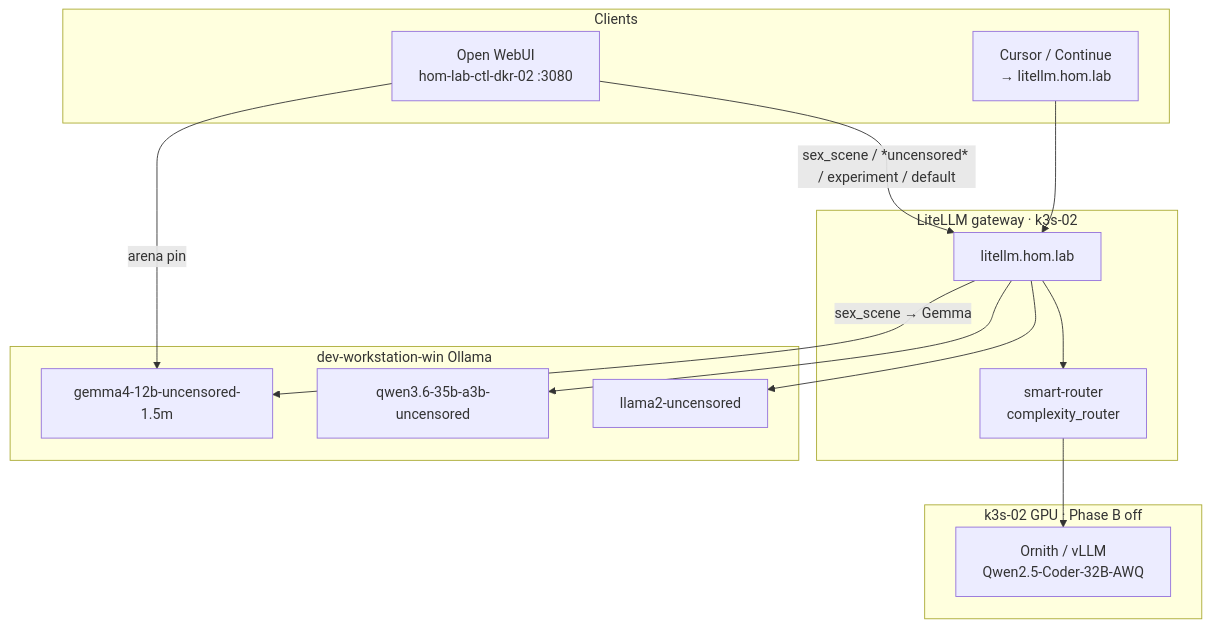
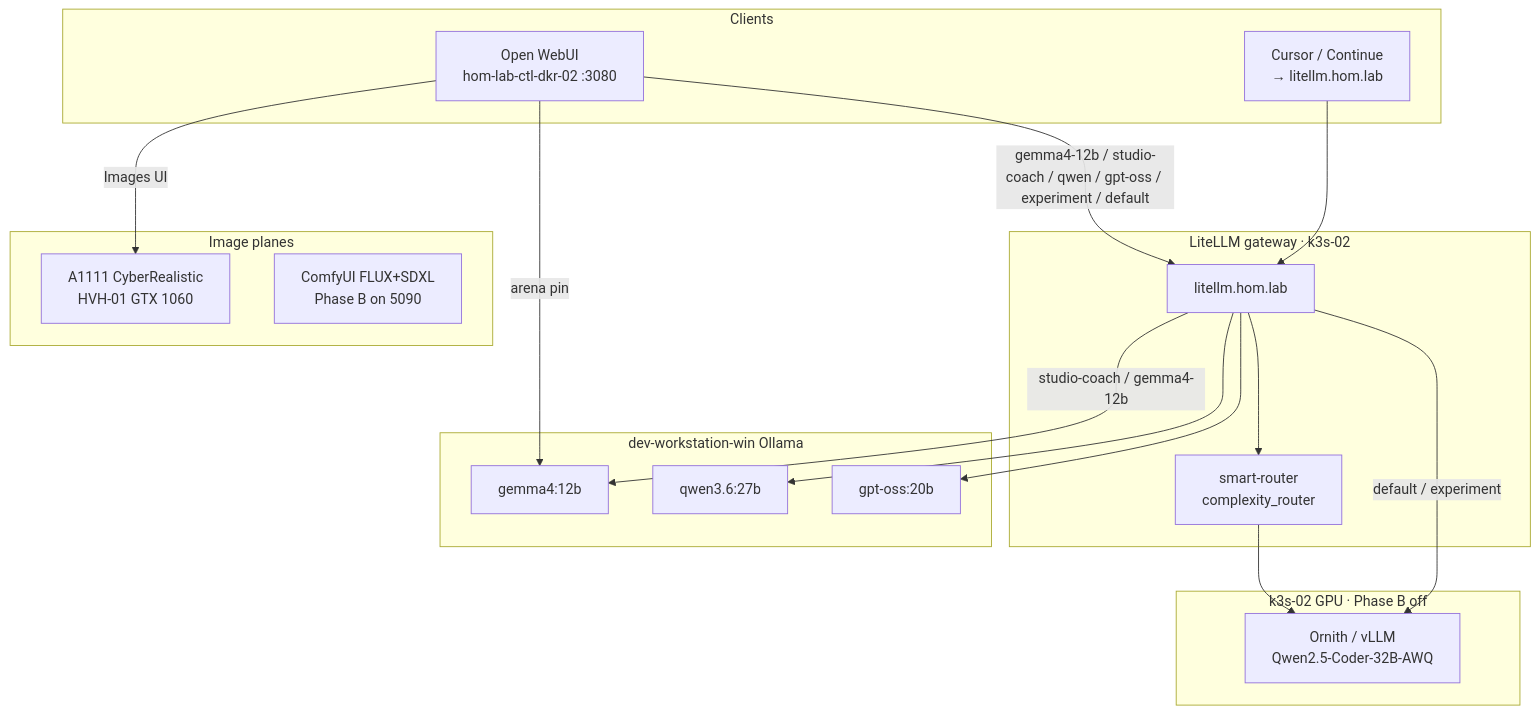
Before and after one commit to doesitscript/dotfile-vnext: the first of 3 diagrams in docs/plans/2026-08-06--open-webui-litellm-model-route-diagrams-implemented/README.md, drawn with Mermaid. The commit also changed other lines of this file and 107 other files, not shown here.

Commit message:
docs(plans): move lab diagrams into plan packets

````diff
--- a/docs/plans/2026-08-06--open-webui-litellm-model-route-diagrams-implemented/README.md
+++ b/docs/plans/2026-08-06--open-webui-litellm-model-route-diagrams-implemented/README.md
@@ -137,31 +171,38 @@
 ```mermaid
 flowchart TB
   subgraph clients["Clients"]
     owui["Open WebUI\nhom-lab-ctl-dkr-02 :3080"]
     cursor["Cursor / Continue\n→ litellm.hom.lab"]
   end
 
   subgraph gw["LiteLLM gateway · k3s-02"]
     litellm["litellm.hom.lab"]
     sr["smart-router\ncomplexity_router"]
   end
 
   subgraph desktop["dev-workstation-win Ollama"]
-    gemma["gemma4-12b-uncensored-1.5m"]
-    qwen["qwen3.6-35b-a3b-uncensored"]
-    llama["llama2-uncensored"]
+    gemma["gemma4:12b"]
+    qwen["qwen3.6:27b"]
+    gptoss["gpt-oss:20b"]
   end
 
   subgraph k3s_gpu["k3s-02 GPU · Phase B off"]
     ornith["Ornith / vLLM\nQwen2.5-Coder-32B-AWQ"]
   end
 
-  owui -->|"sex_scene / *uncensored* / experiment / default"| litellm
+  subgraph pixels["Image planes"]
+    a1111["A1111 CyberRealistic\nHVH-01 GTX 1060"]
+    comfy["ComfyUI FLUX+SDXL\nPhase B on 5090"]
+  end
+
+  owui -->|"gemma4-12b / studio-coach / qwen / gpt-oss / experiment / default"| litellm
   owui -->|"arena pin"| gemma
+  owui -->|"Images UI"| a1111
   cursor --> litellm
-  litellm -->|"sex_scene → Gemma"| gemma
+  litellm -->|"studio-coach / gemma4-12b"| gemma
   litellm --> qwen
-  litellm --> llama
+  litellm --> gptoss
   litellm --> sr
   sr --> ornith
+  litellm -->|"default / experiment"| ornith
 ```
````
